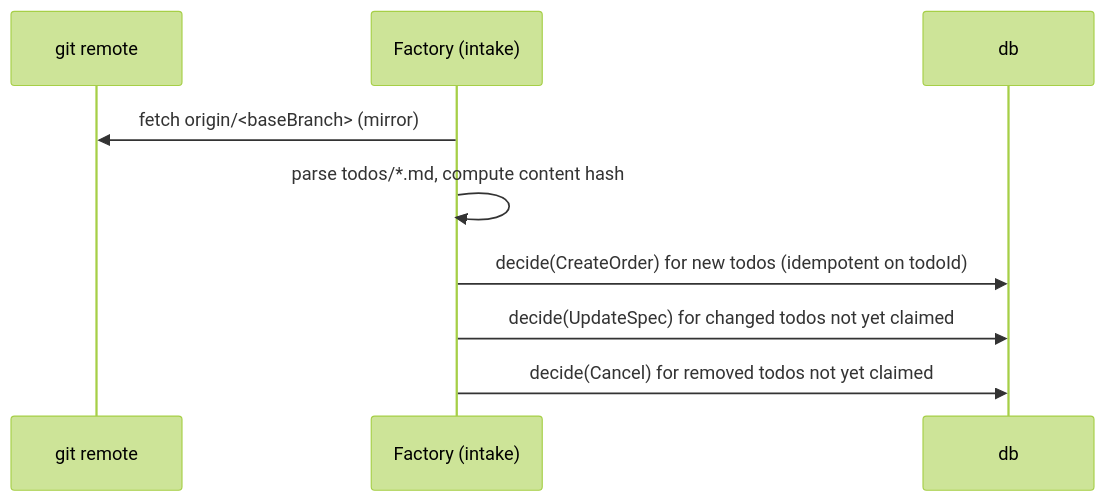
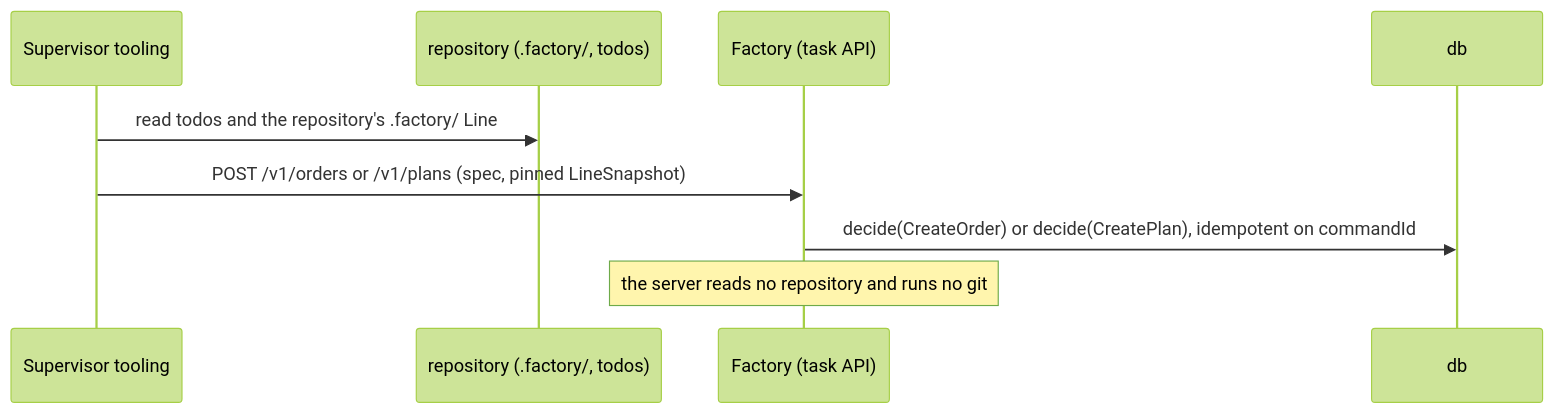
One commit to xyashino/software-factory changed the fourth of 8 diagrams in docs/PLAN.md. Above: the diagram before and after it, drawn with Mermaid (forest theme). The commit also changed other lines of this file and 97 other files, not shown here.

````diff
--- a/docs/PLAN.md
+++ b/docs/PLAN.md
@@ -187,11 +188,11 @@
 ```mermaid
 sequenceDiagram
-  participant G as git remote
-  participant S as Factory (intake)
+  participant U as Supervisor tooling
+  participant R as repository (.factory/, todos)
+  participant S as Factory (task API)
   participant D as db
-  S->>G: fetch origin/<baseBranch> (mirror)
-  S->>S: parse todos/*.md, compute content hash
-  S->>D: decide(CreateOrder) for new todos (idempotent on todoId)
-  S->>D: decide(UpdateSpec) for changed todos not yet claimed
-  S->>D: decide(Cancel) for removed todos not yet claimed
+  U->>R: read todos and the repository's .factory/ Line
+  U->>S: POST /v1/orders or /v1/plans (spec, pinned LineSnapshot)
+  S->>D: decide(CreateOrder) or decide(CreatePlan), idempotent on commandId
+  Note over S: the server reads no repository and runs no git
 ```
````
